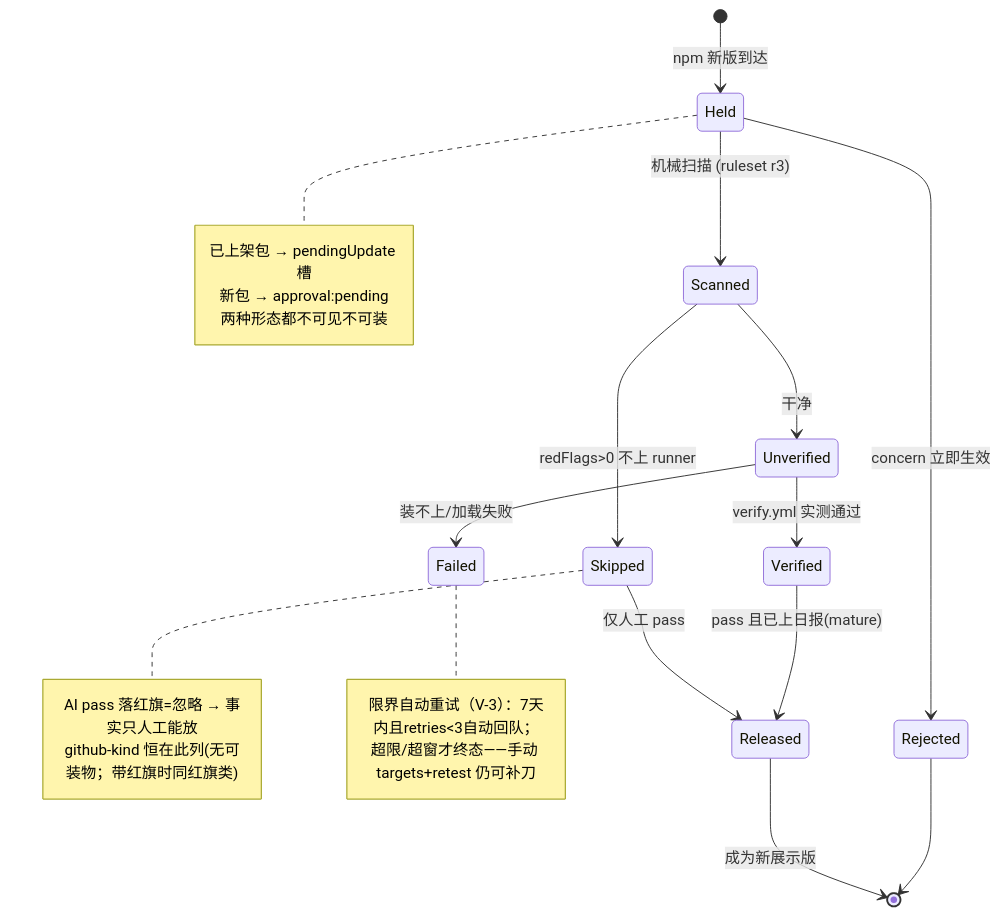
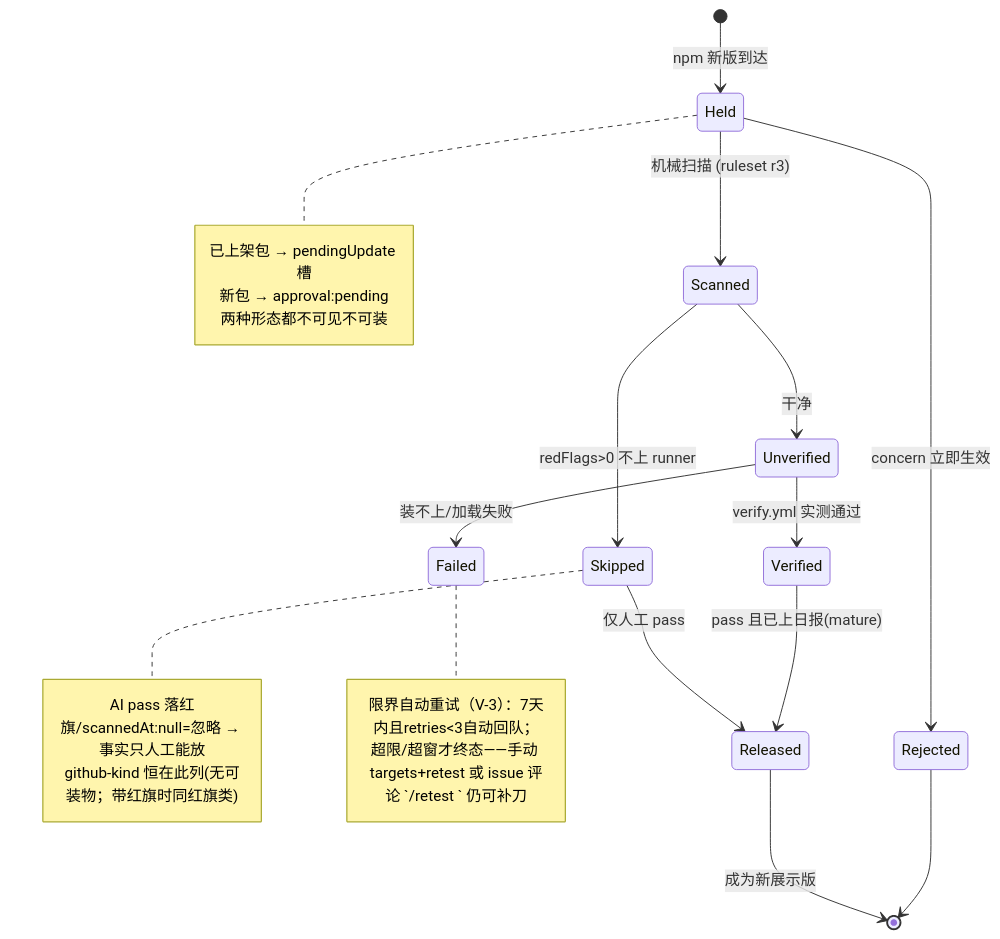
Before and after one commit to awesome-market/awesome-opencode-market: the eighth of 11 diagrams in docs/DATA-FLOWS.md, drawn with Mermaid. The commit also changed other lines of this file and 58 other files, not shown here.

````diff
--- a/docs/DATA-FLOWS.md
+++ b/docs/DATA-FLOWS.md
@@ -696,27 +852,27 @@
 ```mermaid
 stateDiagram-v2
   [*] --> Held: npm 新版到达
   note right of Held
     已上架包 → pendingUpdate 槽
     新包 → approval:pending
     两种形态都不可见不可装
   end note
   Held --> Scanned: 机械扫描 (ruleset r3)
   Scanned --> Skipped: redFlags>0 不上 runner
   Scanned --> Unverified: 干净
   Unverified --> Verified: verify.yml 实测通过
   Unverified --> Failed: 装不上/加载失败
   Verified --> Released: pass 且已上日报(mature)
   Skipped --> Released: 仅人工 pass
   Held --> Rejected: concern 立即生效
   Rejected --> [*]
   Released --> [*]: 成为新展示版
   note right of Skipped
-    AI pass 落红旗=忽略 → 事实只人工能放
+    AI pass 落红旗/scannedAt:null=忽略 → 事实只人工能放
     github-kind 恒在此列(无可装物；带红旗时同红旗类)
   end note
   note right of Failed
     限界自动重试（V-3）：7天内且retries<3自动回队；
-    超限/超窗才终态——手动 targets+retest 仍可补刀
+    超限/超窗才终态——手动 targets+retest 或 issue 评论 `/retest <pkg>` 仍可补刀
   end note
 ```
````
